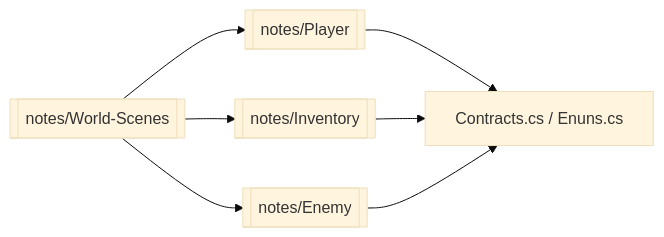
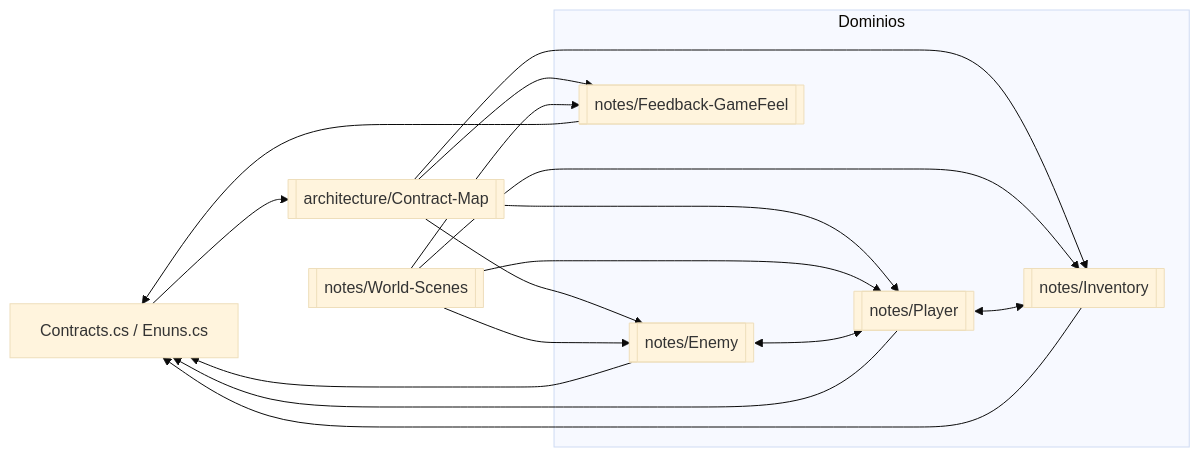
The diagram in docs/architecture/Overview.md (GabriBerp/ProjetoAction), drawn with Mermaid (base theme) before and after one commit. The commit also changed other lines of this file and 17 other files, not shown here.

````diff
--- a/docs/architecture/Overview.md
+++ b/docs/architecture/Overview.md
@@ -28,10 +40,25 @@
 ```mermaid
 flowchart LR
     Contracts[Contracts.cs / Enuns.cs]
-    Player[[notes/Player]] --> Contracts
-    Inventory[[notes/Inventory]] --> Contracts
-    Enemy[[notes/Enemy]] --> Contracts
-    Scene[[notes/World-Scenes]] --> Player
-    Scene --> Inventory
-    Scene --> Enemy
+    CM[[architecture/Contract-Map]]
+
+    subgraph Dominios
+      Player[[notes/Player]]
+      Inventory[[notes/Inventory]]
+      Enemy[[notes/Enemy]]
+      Feedback[[notes/Feedback-GameFeel]]
+    end
+
+    Scene[[notes/World-Scenes]]
+
+    Contracts --> CM
+    CM --> Player & Inventory & Enemy & Feedback
+    Player --> Contracts
+    Inventory --> Contracts
+    Enemy --> Contracts
+    Feedback --> Contracts
+
+    Scene --> Player & Inventory & Enemy & Feedback
+    Player <--> Inventory
+    Enemy <--> Player
 ```
````
